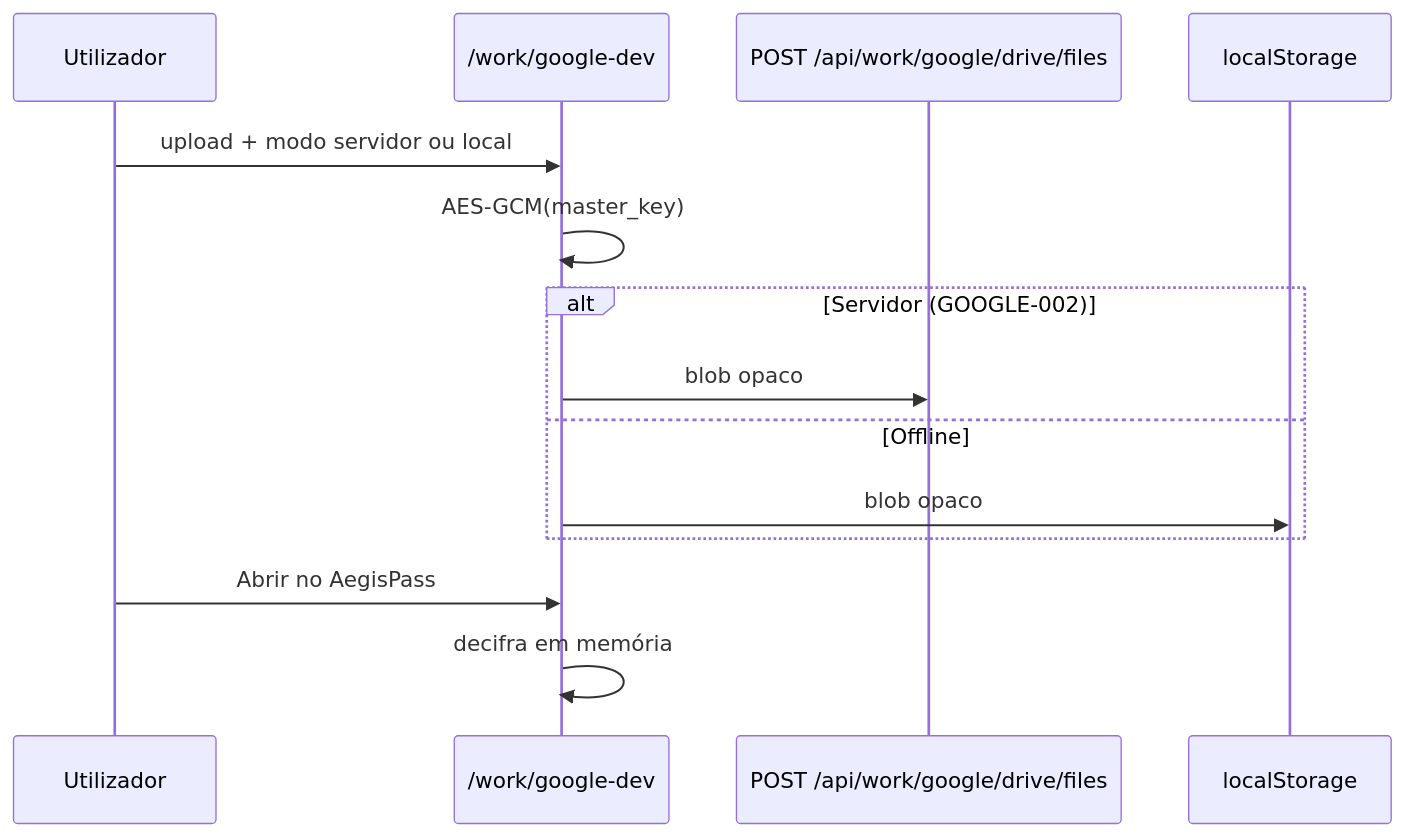
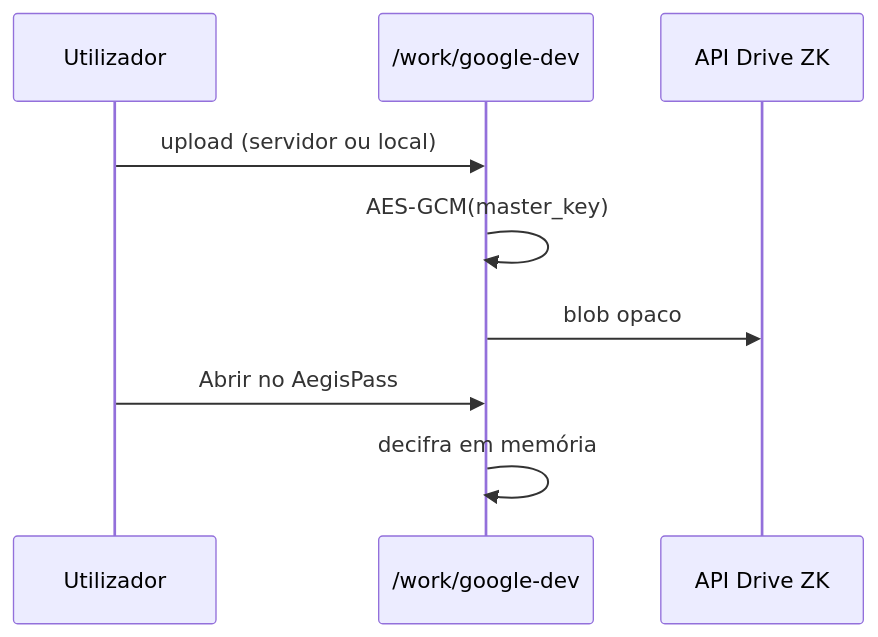
Before and after one commit to titi-byte-dev/Bunker8888Pass8888: the diagram in docs/roadmap/04-user-journeys/journey-google-dev-stub.md, drawn with Mermaid. The commit also changed 5 other files, not shown here.

````diff
--- a/docs/roadmap/04-user-journeys/journey-google-dev-stub.md
+++ b/docs/roadmap/04-user-journeys/journey-google-dev-stub.md
@@ -14,17 +14,12 @@
 ```mermaid
 sequenceDiagram
     participant U as Utilizador
     participant UI as /work/google-dev
-    participant API as POST /api/work/google/drive/files
-    participant LS as localStorage
+    participant API as API Drive ZK
 
-    U->>UI: upload + modo servidor ou local
+    U->>UI: upload (servidor ou local)
     UI->>UI: AES-GCM(master_key)
-    alt Servidor (GOOGLE-002)
-        UI->>API: blob opaco
-    else Offline
-        UI->>LS: blob opaco
-    end
+    UI->>API: blob opaco
     U->>UI: Abrir no AegisPass
     UI->>UI: decifra em memória
 ```
````
